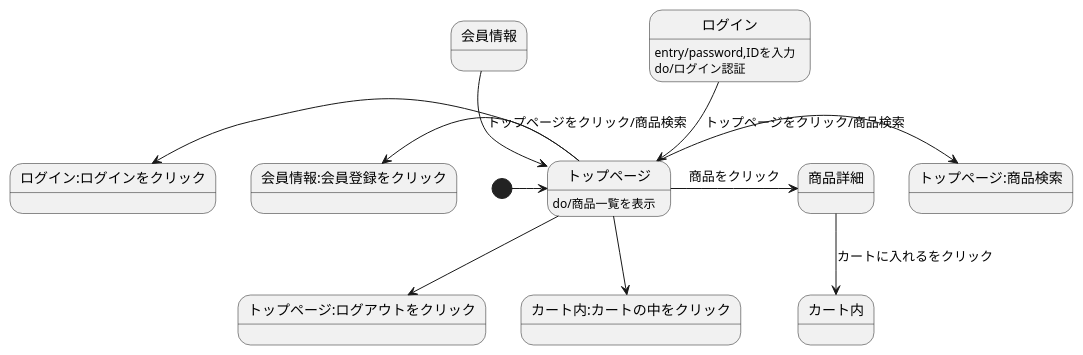
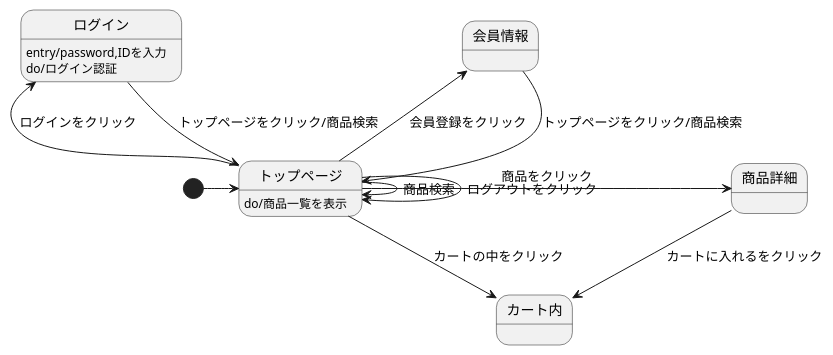
The diagram in stm01.md (Aso2001388/2021sys-design), drawn with PlantUML before and after one commit.

````diff
--- a/stm01.md
+++ b/stm01.md
@@ -1,17 +1,17 @@
 ```uml
 @startuml
 [*]->トップページ
 会員情報-->トップページ:トップページをクリック/商品検索
 ログイン-->トップページ:トップページをクリック/商品検索
 ログイン: entry/password,IDを入力
-ログイン:do/ログイン認証
-トップページ-->トップページ:ログアウトをクリック
-トップページ->トップページ:商品検索
+ログイン: do/ログイン認証
+トップページ-->トップページ: ログアウトをクリック
+トップページ->トップページ: 商品検索
 トップページ->商品詳細: 商品をクリック
-トップページ-left->会員情報:会員登録をクリック
-トップページ-left->ログイン:ログインをクリック
-トップページ-->カート内:カートの中をクリック
-トップページ:do/商品一覧を表示
+トップページ-left->会員情報: 会員登録をクリック
+トップページ-left->ログイン: ログインをクリック
+トップページ-->カート内: カートの中をクリック
+トップページ: do/商品一覧を表示
 商品詳細-->カート内: カートに入れるをクリック
 @enduml
 ```
````
